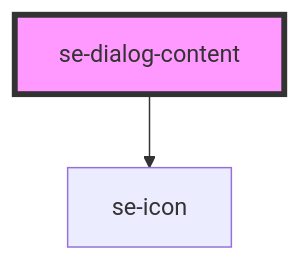
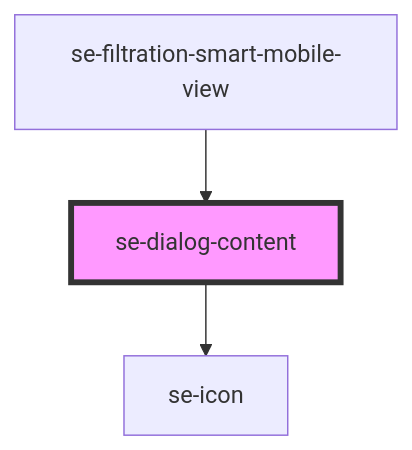
Before and after one commit to robbiemcmullense/se-web-ui: the diagram in libs/core/src/components/dialog-content/readme.md, drawn with Mermaid. The commit also changed other lines of this file and 87 other files, not shown here.

First line of the commit message:
Filtration smart (#486)

````diff
--- a/libs/core/src/components/dialog-content/readme.md
+++ b/libs/core/src/components/dialog-content/readme.md
@@ -27,5 +31,6 @@
 ```mermaid
 graph TD;
   se-dialog-content --> se-icon
+  se-filtration-smart-mobile-view --> se-dialog-content
   style se-dialog-content fill:#f9f,stroke:#333,stroke-width:4px
 ```
````
